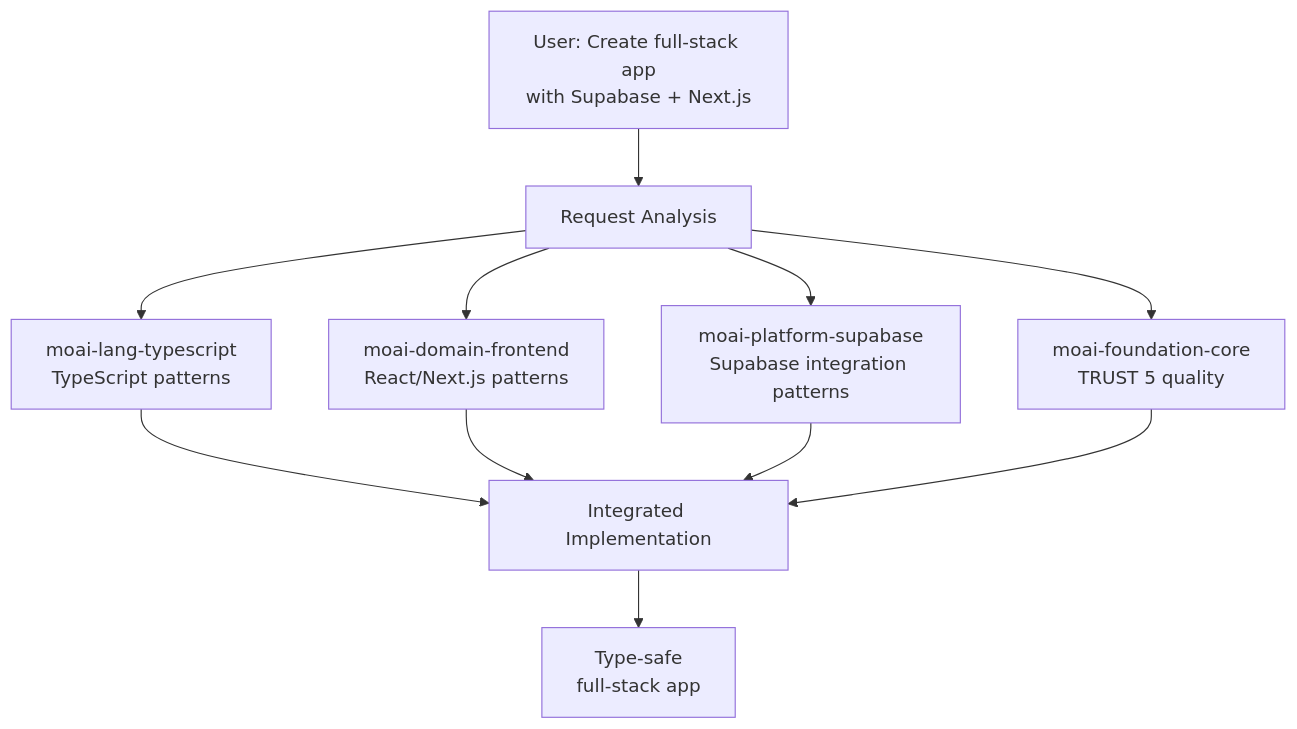
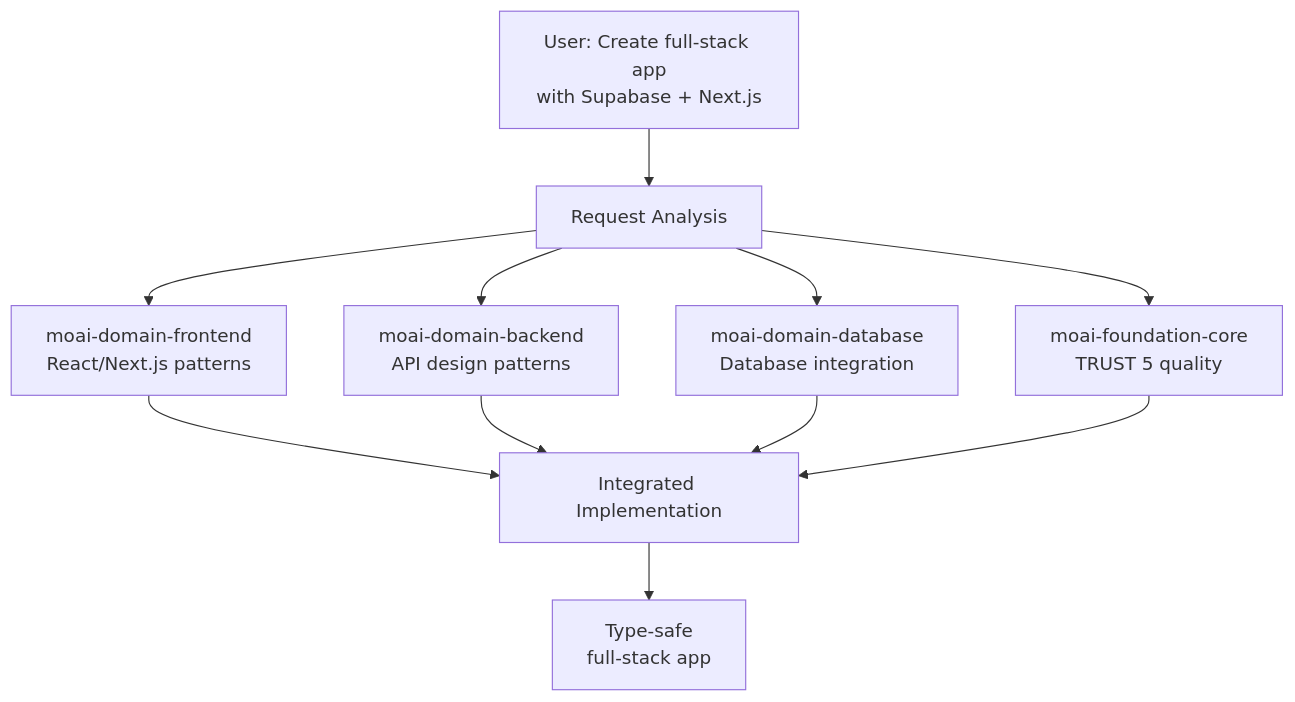
Before and after one commit to modu-ai/moai-adk: the fourth of 4 diagrams in docs-site/content/en/advanced/skill-guide.md, drawn with Mermaid. The commit also changed other lines of this file and 19 other files, not shown here.

````diff
--- a/docs-site/content/en/advanced/skill-guide.md
+++ b/docs-site/content/en/advanced/skill-guide.md
@@ -329,16 +328,16 @@
 ```mermaid
 flowchart TD
     REQ["User: Create full-stack app<br>with Supabase + Next.js"] --> ANALYZE[Request Analysis]
 
-    ANALYZE --> S1["moai-lang-typescript<br>TypeScript patterns"]
-    ANALYZE --> S2["moai-domain-frontend<br>React/Next.js patterns"]
-    ANALYZE --> S3["moai-platform-supabase<br>Supabase integration patterns"]
+    ANALYZE --> S1["moai-domain-frontend<br>React/Next.js patterns"]
+    ANALYZE --> S2["moai-domain-backend<br>API design patterns"]
+    ANALYZE --> S3["moai-domain-database<br>Database integration"]
     ANALYZE --> S4["moai-foundation-core<br>TRUST 5 quality"]
 
     S1 --> IMPL[Integrated Implementation]
     S2 --> IMPL
     S3 --> IMPL
     S4 --> IMPL
 
     IMPL --> RESULT["Type-safe<br>full-stack app"]
 ```
````
